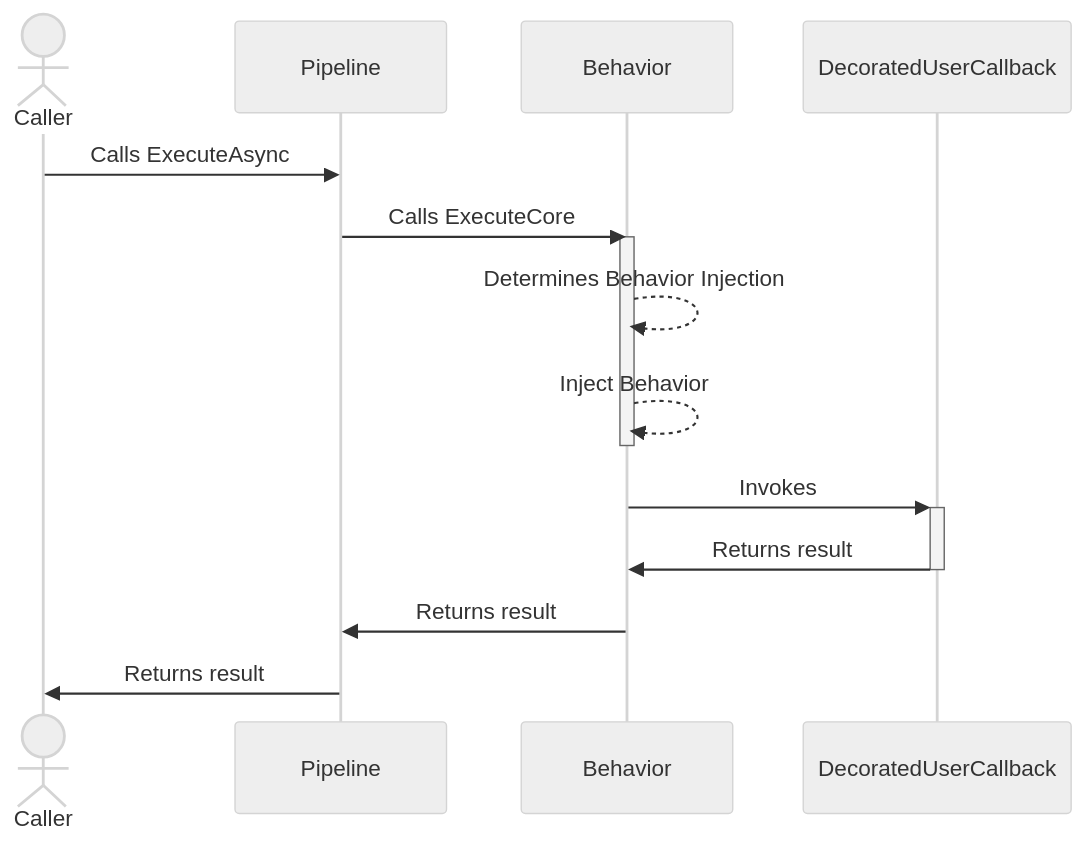
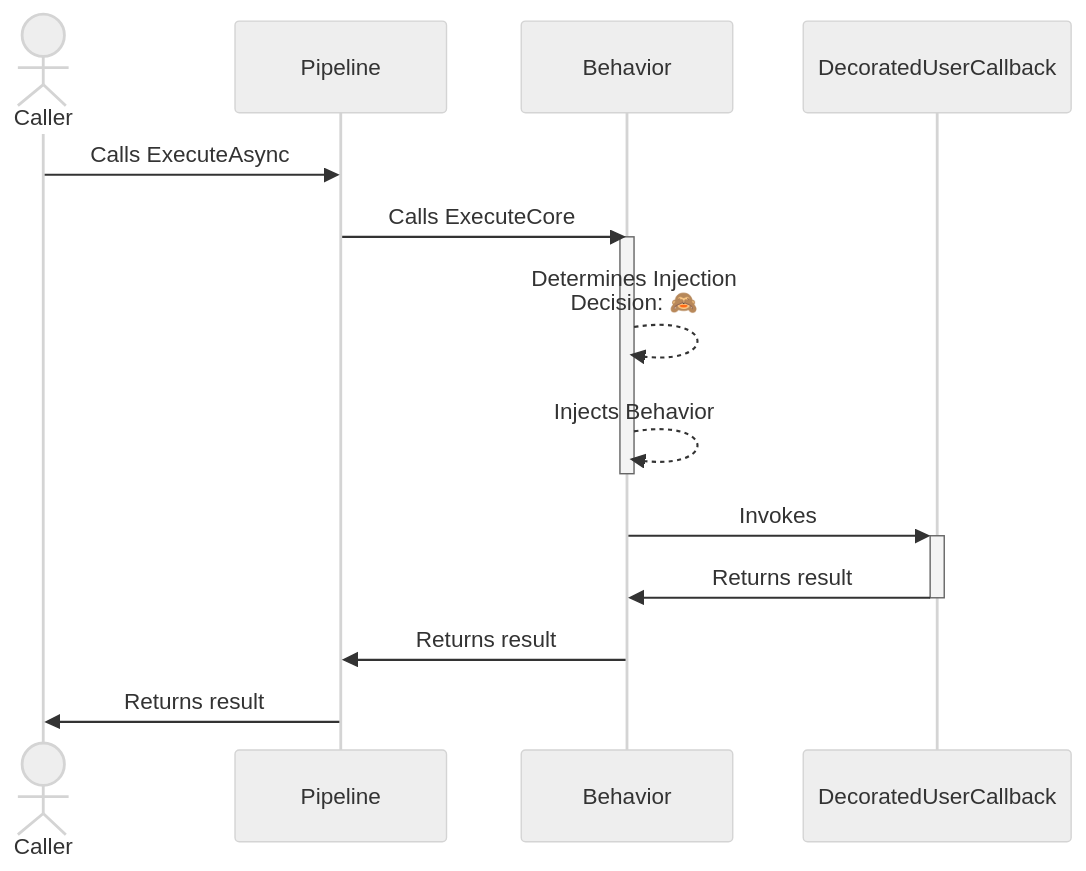
Before and after one commit to App-vNext/Polly: the second of 2 diagrams in docs/chaos/behavior.md, drawn with Mermaid (neutral theme). The commit also changed other lines of this file and 3 other files, not shown here.

````diff
--- a/docs/chaos/behavior.md
+++ b/docs/chaos/behavior.md
@@ -105,18 +105,18 @@
 ```mermaid
 sequenceDiagram
     actor C as Caller
     participant P as Pipeline
     participant B as Behavior
     participant D as DecoratedUserCallback
 
     C->>P: Calls ExecuteAsync
     P->>B: Calls ExecuteCore
     activate B
-    B-->>B: Determines Behavior Injection
-    B-->>B: Inject Behavior
+    B-->>B: Determines Injection<br/>Decision: 🙈
+    B-->>B: Injects Behavior
     deactivate B
     B->>+D: Invokes
     D->>-B: Returns result
     B->>P: Returns result
     P->>C: Returns result
 ```
````
